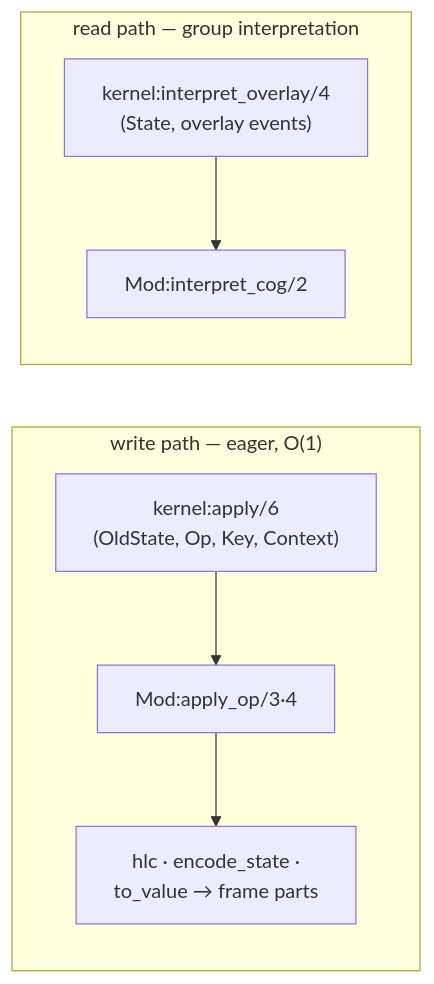
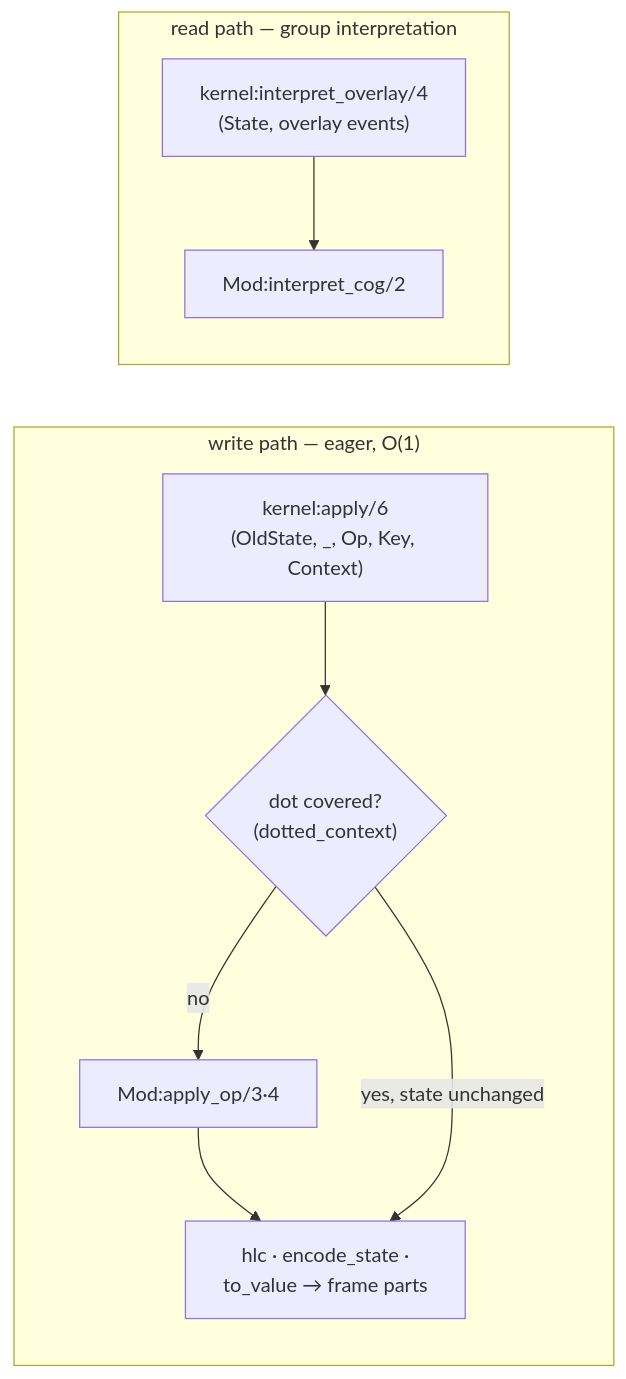
Before and after one commit to bondy-io/bondy: the second of 5 diagrams in apps/bondy_db/doc_extras/architecture/05_crdt_model.md, drawn with Mermaid. The commit also changed other lines of this file and 449 other files, not shown here.

````diff
--- a/apps/bondy_db/doc_extras/architecture/05_crdt_model.md
+++ b/apps/bondy_db/doc_extras/architecture/05_crdt_model.md
@@ -140,14 +143,17 @@
 ```mermaid
 flowchart LR
     subgraph write [write path — eager, O#40;1#41;]
-      W["kernel:apply/6<br/>(OldState, Op, Key, Context)"]
+      W["kernel:apply/6<br/>(OldState, _, Op, Key, Context)"]
+      SKIP{"dot covered?<br/>(dotted_context)"}
       AO["Mod:apply_op/3·4"]
       ENC["hlc · encode_state ·<br/>to_value → frame parts"]
-      W --> AO --> ENC
+      W --> SKIP
+      SKIP -->|no| AO --> ENC
+      SKIP -->|yes, state unchanged| ENC
     end
     subgraph read [read path — group interpretation]
       R["kernel:interpret_overlay/4<br/>(State, overlay events)"]
       IC["Mod:interpret_cog/2"]
       R --> IC
     end
 ```
````
